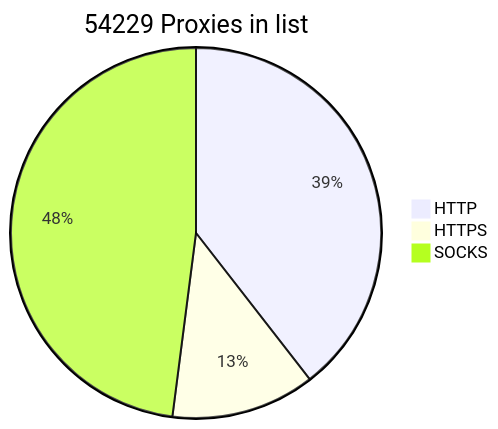
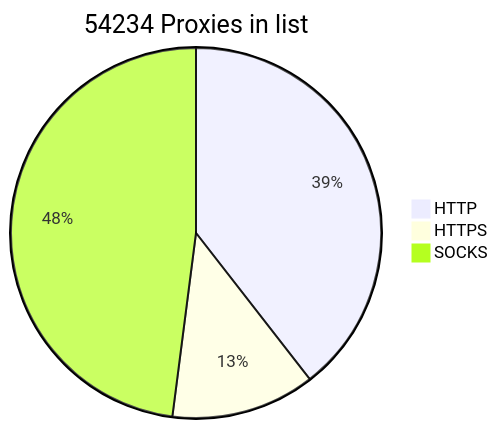
One commit to BlackSnowDot/proxylist-update-every-minute changed the diagram in README.md. Above: the diagram before and after it, drawn with Mermaid.

````diff
--- a/README.md
+++ b/README.md
@@ -2,6 +2,6 @@
 ```mermaid
-pie title 54229 Proxies in list
+pie title 54234 Proxies in list
     "HTTP" : 23967
-    "HTTPS": 7624
-    "SOCKS" : 29119
+    "HTTPS": 7629
+    "SOCKS" : 29121
 ```
````
